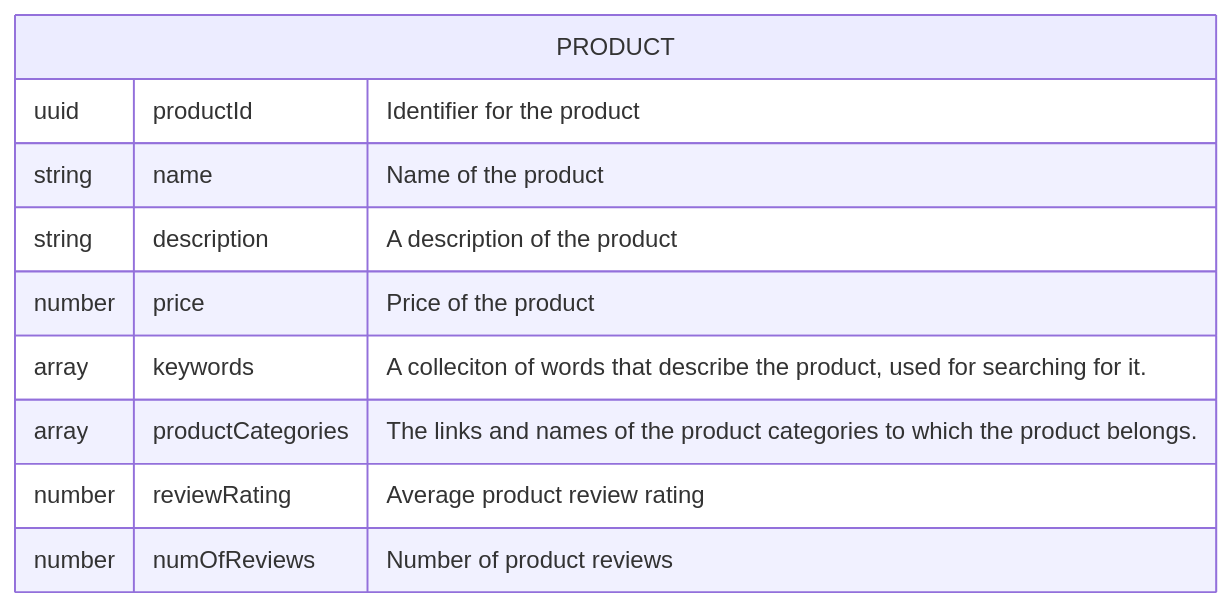
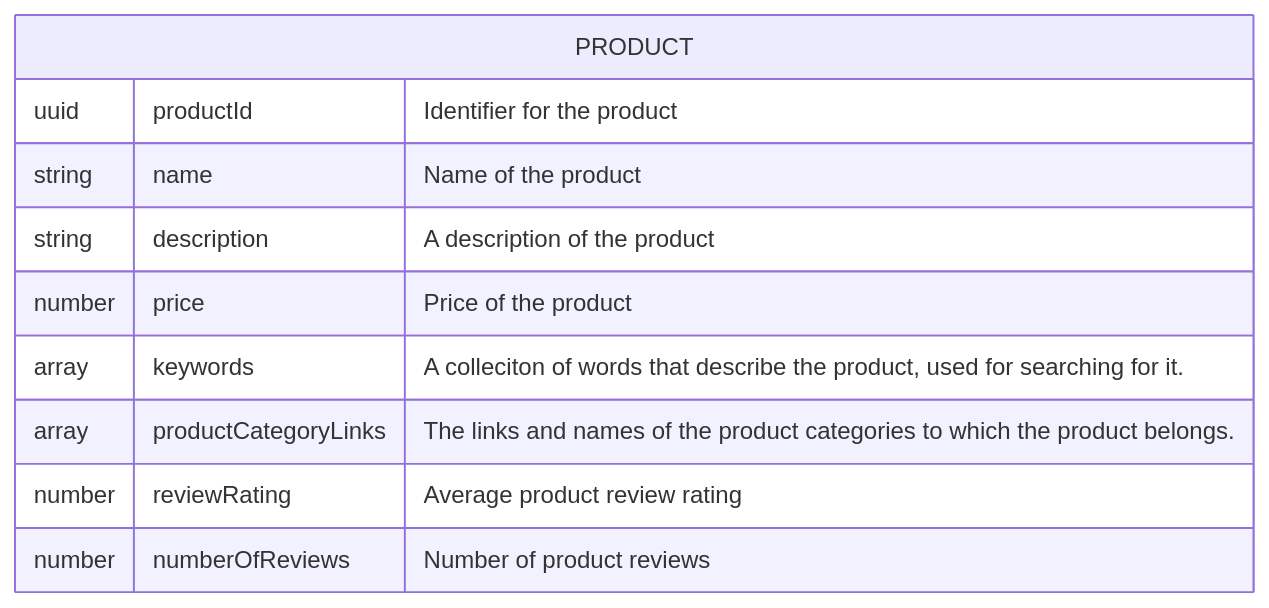
One commit to ikenna/AcmePetSupplies changed the first of 5 diagrams in discovery.md. Above: the diagram before and after it, drawn with Mermaid. The commit also changed other lines of this file and 1 other file, not shown here.

Commit message:
Creating the Product Catalog API

````diff
--- a/discovery.md
+++ b/discovery.md
@@ -52,13 +52,13 @@
 ```mermaid
 erDiagram
   PRODUCT { 
     uuid productId "Identifier for the product"
     string name "Name of the product"
     string description "A description of the product"
     number price "Price of the product"
     array keywords "A colleciton of words that describe the product, used for searching for it."
-    array productCategories "The links and names of the product categories to which the product belongs."
+    array productCategoryLinks "The links and names of the product categories to which the product belongs."
     number reviewRating "Average product review rating"
-    number numOfReviews "Number of product reviews"
+    number numberOfReviews "Number of product reviews"
   }    
 ```
````
